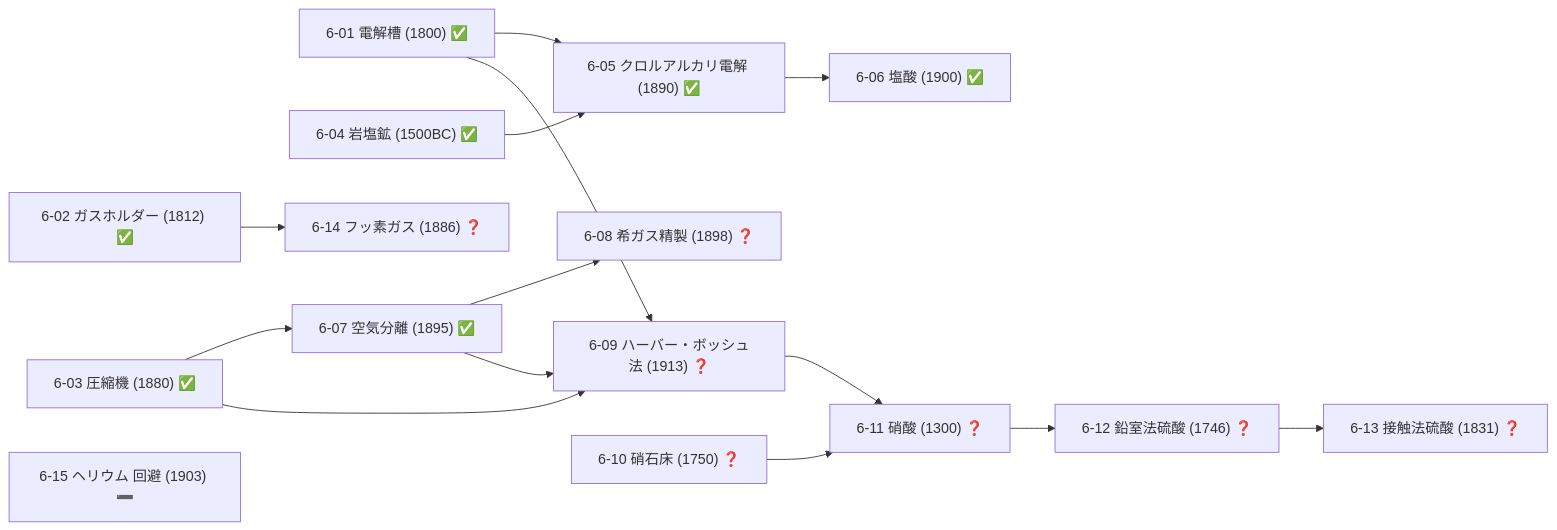
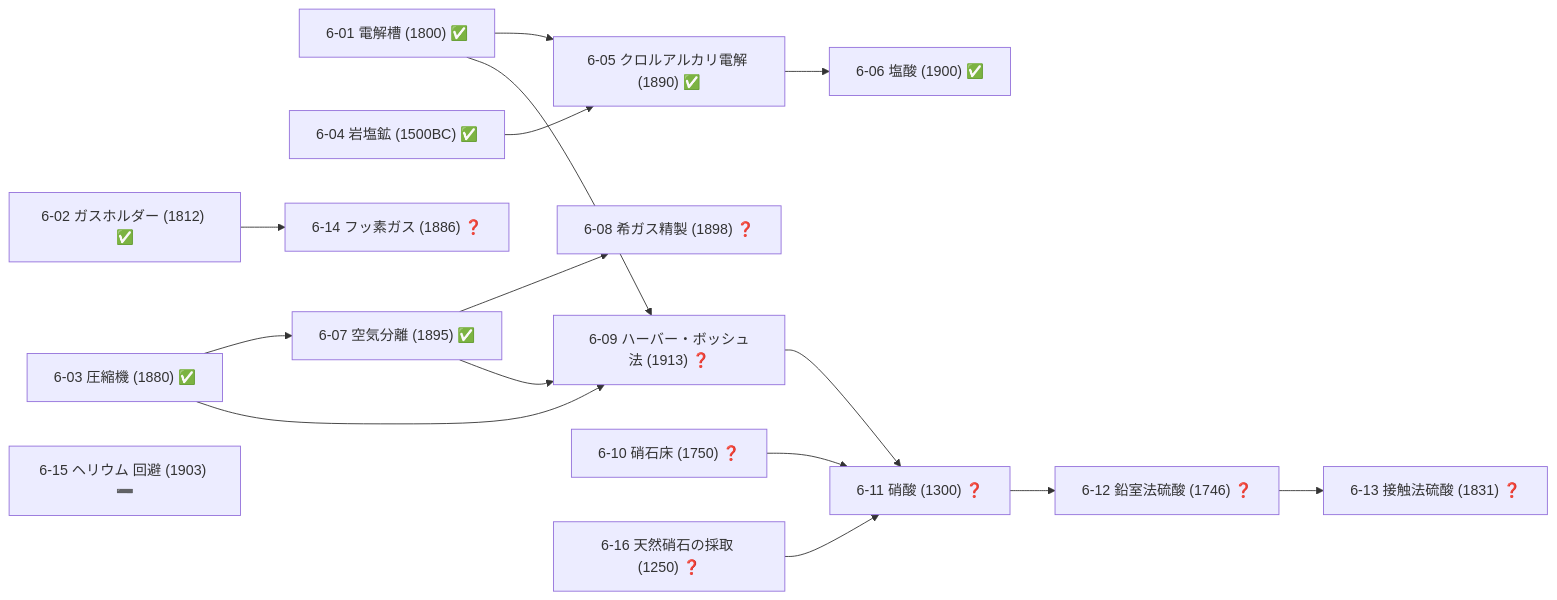
One commit to taku3i0317-collab/semiconductor-lab changed the ninth of 19 diagrams in docs/TECH_TREE_VIEW.md. Above: the diagram before and after it, drawn with Mermaid. The commit also changed other lines of this file and 11 other files, not shown here.

````diff
--- a/docs/TECH_TREE_VIEW.md
+++ b/docs/TECH_TREE_VIEW.md
@@ -432,31 +424,33 @@
 ```mermaid
 graph LR
   n6_01["6-01 電解槽 (1800) ✅"]
   n6_02["6-02 ガスホルダー (1812) ✅"]
   n6_03["6-03 圧縮機 (1880) ✅"]
   n6_04["6-04 岩塩鉱 (1500BC) ✅"]
   n6_05["6-05 クロルアルカリ電解 (1890) ✅"]
   n6_06["6-06 塩酸 (1900) ✅"]
   n6_07["6-07 空気分離 (1895) ✅"]
   n6_08["6-08 希ガス精製 (1898) ❓"]
   n6_09["6-09 ハーバー・ボッシュ法 (1913) ❓"]
   n6_10["6-10 硝石床 (1750) ❓"]
   n6_11["6-11 硝酸 (1300) ❓"]
   n6_12["6-12 鉛室法硫酸 (1746) ❓"]
   n6_13["6-13 接触法硫酸 (1831) ❓"]
   n6_14["6-14 フッ素ガス (1886) ❓"]
   n6_15["6-15 ヘリウム 回避 (1903) ➖"]
+  n6_16["6-16 天然硝石の採取 (1250) ❓"]
   n6_01-->n6_05
   n6_04-->n6_05
   n6_05-->n6_06
   n6_03-->n6_07
   n6_07-->n6_08
   n6_01-->n6_09
   n6_03-->n6_09
   n6_07-->n6_09
   n6_09-->n6_11
   n6_10-->n6_11
+  n6_16-->n6_11
   n6_11-->n6_12
   n6_12-->n6_13
   n6_02-->n6_14
 ```
````
